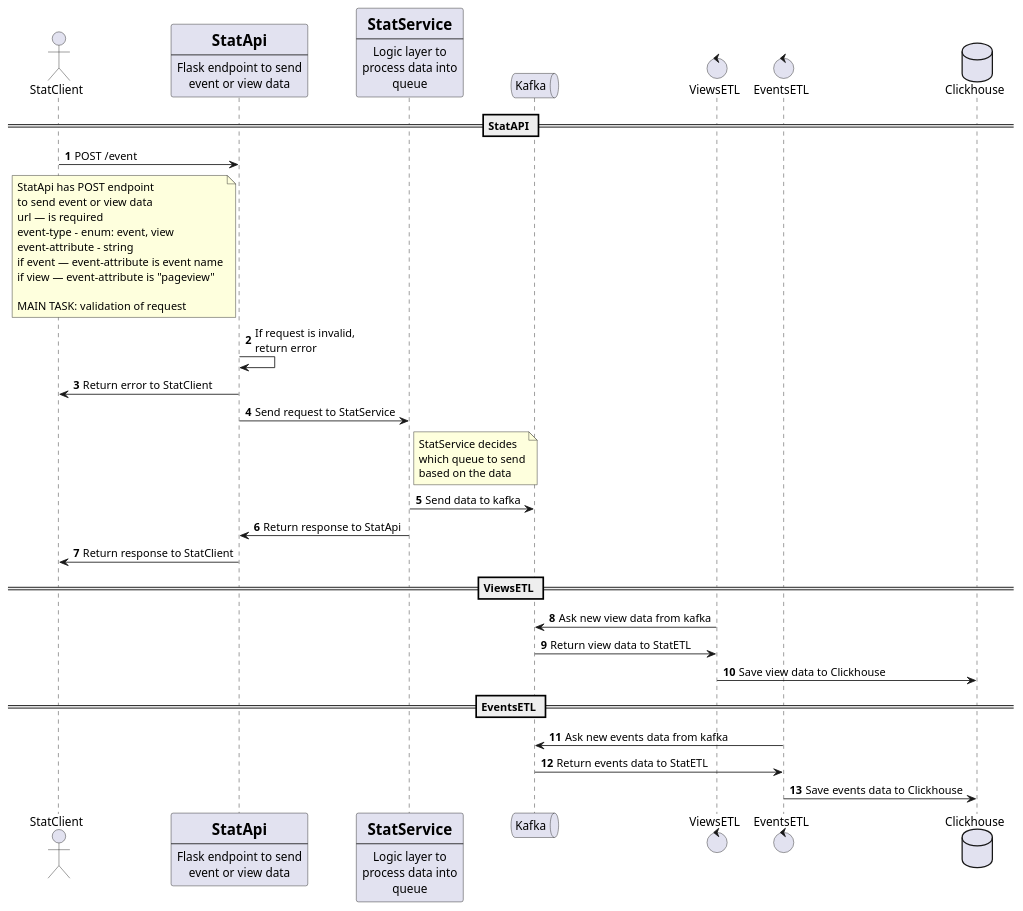
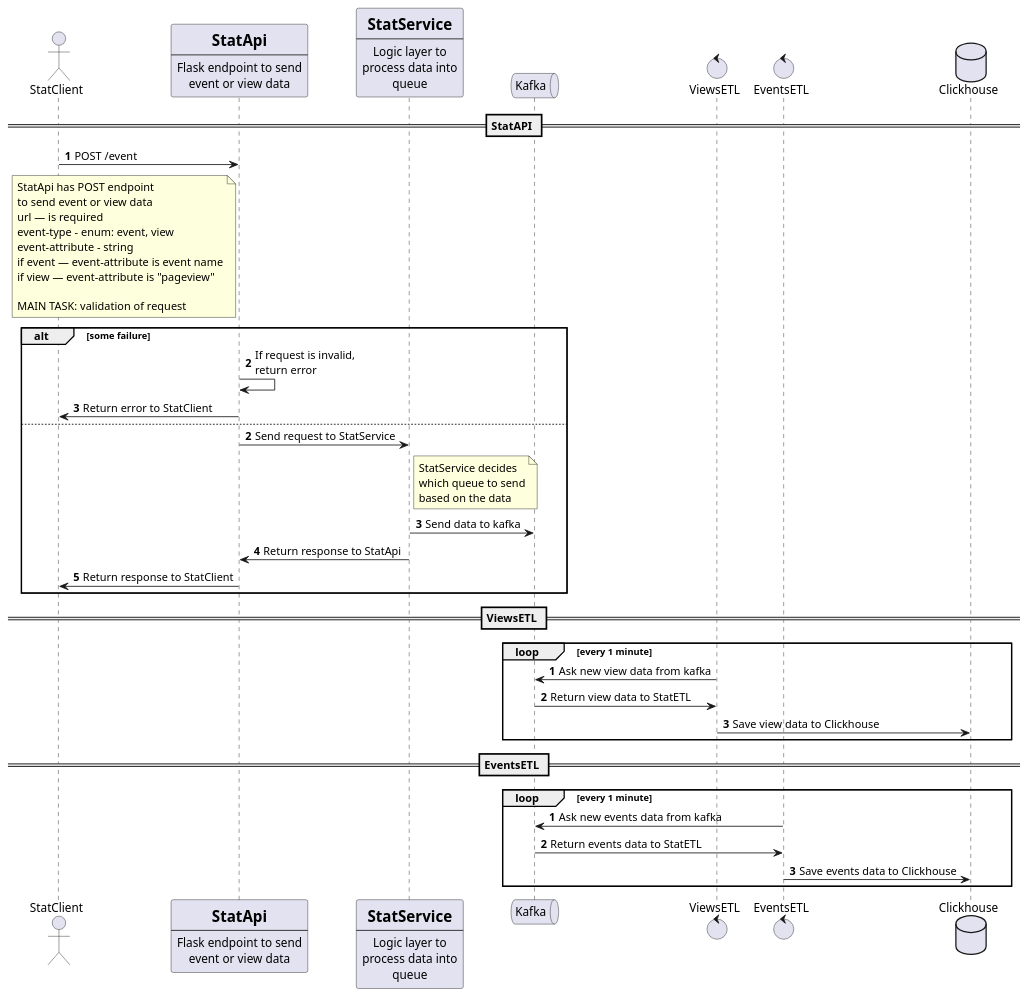
The diagram in docs/stat-seq.puml (artwist-polyakov/Auth_sprint_1), drawn with PlantUML before and after one commit. The commit also changed 2 other files, not shown here.

Commit message:
описывает схему для ugc

```diff
--- a/docs/stat-seq.puml
+++ b/docs/stat-seq.puml
@@ -1,74 +1,82 @@
 @startuml
 'https://plantuml.com/sequence-diagram
 
 
 actor StatClient
 
 
 participant StatApi [
     =StatApi
     ----
     Flask endpoint to send
     event or view data
 ]
 participant StatService[
     =StatService
     ----
     Logic layer to
     process data into
     queue
 ]
 queue Kafka
 control ViewsETL
 control EventsETL
 database Clickhouse
 
 
 autonumber
 
 == StatAPI ==
 
 StatClient -> StatApi: POST /event
 note left of StatApi
     StatApi has POST endpoint
     to send event or view data
     url — is required
     event-type - enum: event, view
     event-attribute - string
     if event — event-attribute is event name
     if view — event-attribute is "pageview"
 
     MAIN TASK: validation of request
 end note
+alt some failure
 StatApi -> StatApi: If request is invalid,\nreturn error
 
 StatApi -> StatClient: Return error to StatClient
+else
+autonumber stop
+autonumber  2
 StatApi -> StatService: Send request to StatService
 note right of StatService
     StatService decides
     which queue to send
     based on the data
 end note
 
 StatService -> Kafka: Send data to kafka
 
 
 StatService -> StatApi: Return response to StatApi
 
 StatApi -> StatClient: Return response to StatClient
-
-
+end
+autonumber stop
 
 == ViewsETL ==
-
+autonumber
+loop every 1 minute
 ViewsETL -> Kafka: Ask new view data from kafka
 Kafka -> ViewsETL: Return view data to StatETL
 ViewsETL -> Clickhouse: Save view data to Clickhouse
-
+end
+autonumber stop
 == EventsETL ==
-
+autonumber
+loop every 1 minute
 EventsETL -> Kafka: Ask new events data from kafka
 Kafka -> EventsETL: Return events data to StatETL
 EventsETL -> Clickhouse: Save events data to Clickhouse
-
+end
+autonumber stop
 @enduml
```
